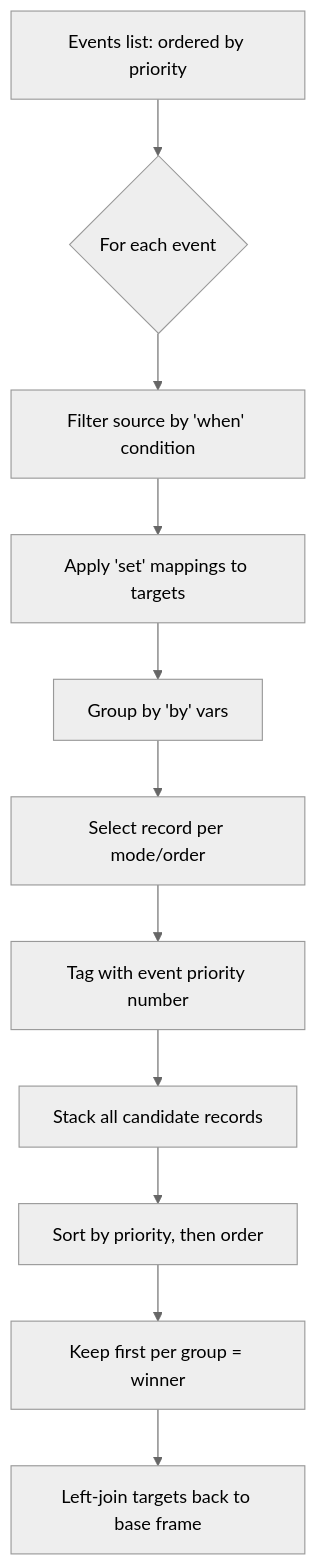
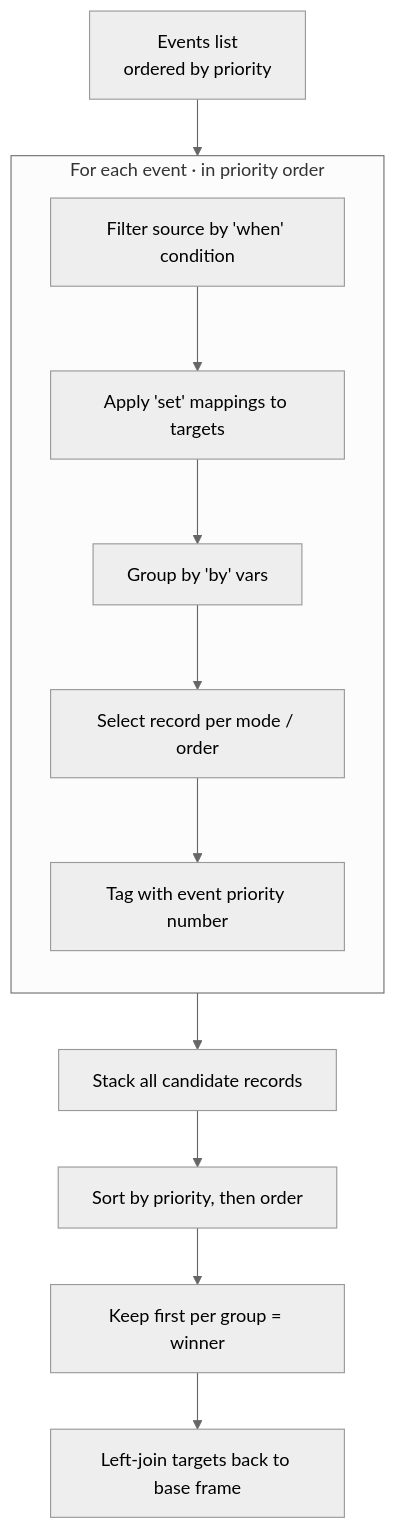
Before and after one commit to RealSlimMahdi/fleet-cdisc: the diagram in docs/concepts/pick.md, drawn with Mermaid (neutral theme). The commit also changed 2 other files, not shown here.

Commit message:
feat(docs): enhance pick() documentation with clearer flowchart structure

````diff
--- a/docs/concepts/pick.md
+++ b/docs/concepts/pick.md
@@ -74,13 +74,19 @@
 ```mermaid
 flowchart TD
-    A[Events list: ordered by priority] --> B{For each event}
-    B --> C[Filter source by 'when' condition]
-    C --> D[Apply 'set' mappings to targets]
-    D --> E[Group by 'by' vars]
-    E --> F[Select record per mode/order]
-    F --> G[Tag with event priority number]
-    G --> H[Stack all candidate records]
+    A[Events list<br/>ordered by priority] --> PE
+
+    subgraph PE["For each event · in priority order"]
+        direction TB
+        C[Filter source by 'when' condition]
+        D[Apply 'set' mappings to targets]
+        E[Group by 'by' vars]
+        F[Select record per mode / order]
+        G[Tag with event priority number]
+        C --> D --> E --> F --> G
+    end
+
+    PE --> H[Stack all candidate records]
     H --> I[Sort by priority, then order]
     I --> J[Keep first per group = winner]
     J --> K[Left-join targets back to base frame]
 ```
````
